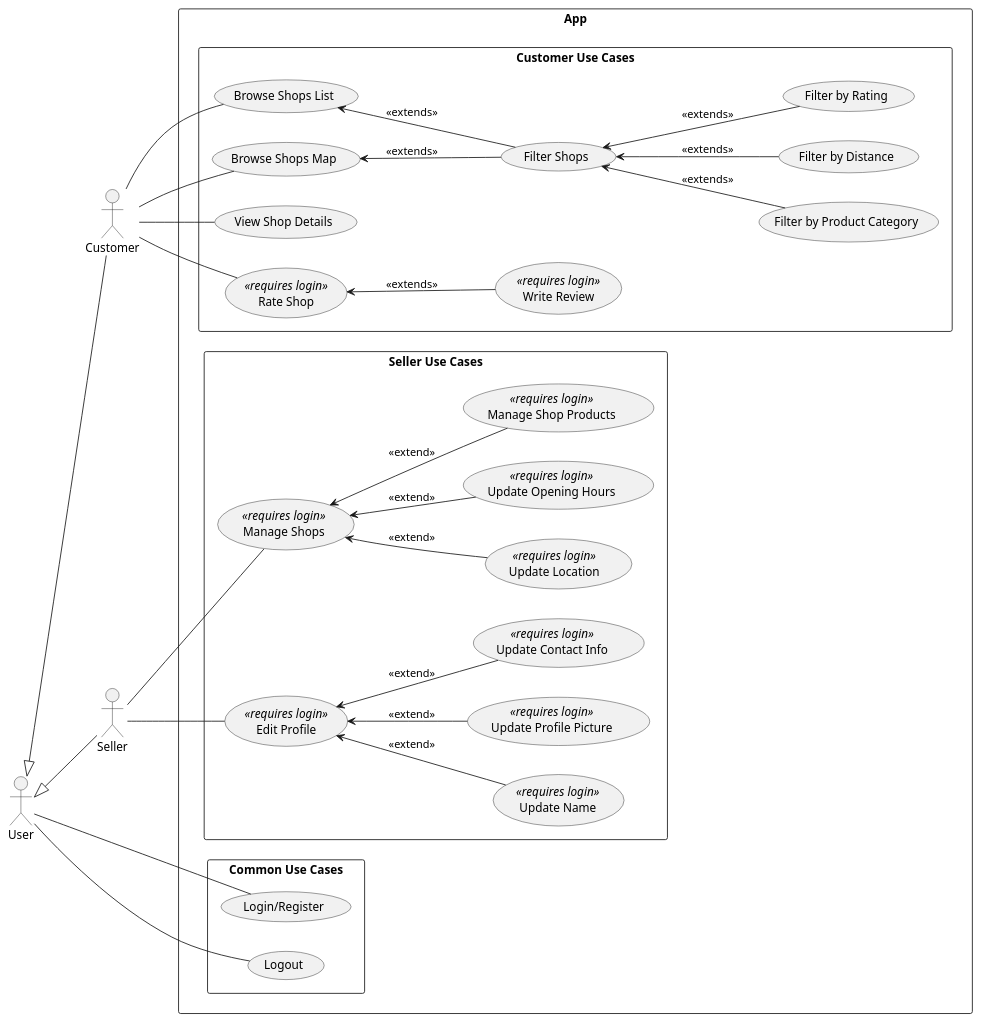
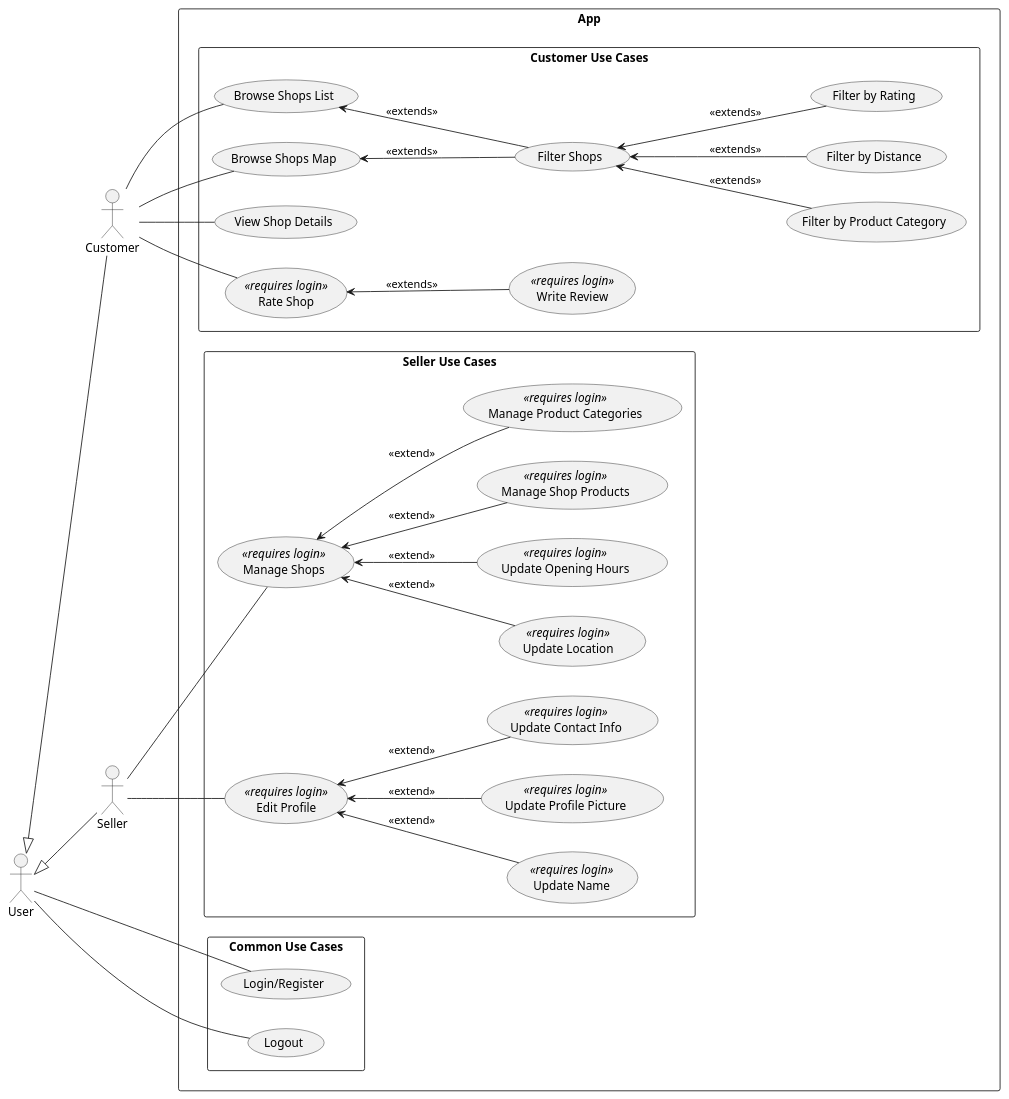
Before and after one commit to tondracek/my-farmer: the diagram in docs/diagram/use_case_diagram.puml, drawn with PlantUML.

Commit message:
feat: added ManageProductCategories to use_case_diagram.puml

```diff
--- a/docs/diagram/use_case_diagram.puml
+++ b/docs/diagram/use_case_diagram.puml
@@ -1,82 +1,84 @@
 @startuml
 
 skinparam backgroundColor #FFFFFF
 left to right direction
 
 actor "User" as User
 actor "Customer" as Customer
 actor "Seller" as Seller
 
 User <|-- Customer
 User <|-- Seller
 
 rectangle "App" {
 
   rectangle "Common Use Cases" {
 
     usecase "Login/Register" as LoginRegisterCustomer
     usecase "Logout" as LogoutCustomer
 
     User -- LoginRegisterCustomer
     User -- LogoutCustomer
   }
 
   rectangle "Customer Use Cases" {
 
     usecase "Browse Shops List" as BrowseShopsList
     usecase "Browse Shops Map" as BrowseShopsMap
     usecase "View Shop Details" as ViewShopDetails
 
     usecase "Filter Shops" as FilterShops
 
     usecase "Filter by Product Category" as FilterByCategory
     usecase "Filter by Distance" as FilterByDistance
     usecase "Filter by Rating" as FilterByRating
 
     usecase "Rate Shop" as RateShop <<requires login>>
     usecase "Write Review" as WriteReview <<requires login>>
 
     Customer -- BrowseShopsList
     Customer -- BrowseShopsMap
 
     BrowseShopsList <-- FilterShops : <<extends>>
     BrowseShopsMap <-- FilterShops : <<extends>>
 
     FilterShops <-- FilterByCategory : <<extends>>
     FilterShops <-- FilterByDistance : <<extends>>
     FilterShops <-- FilterByRating : <<extends>>
 
     Customer -- ViewShopDetails
     Customer -- RateShop
     RateShop <-- WriteReview : <<extends>>
   }
 
   rectangle "Seller Use Cases" {
 
     usecase "Manage Shops" as ManageShops <<requires login>>
 
     usecase "Update Location" as UpdateLocation <<requires login>>
     usecase "Update Opening Hours" as UpdateOpeningHours <<requires login>>
     usecase "Manage Shop Products" as ManageShopProducts <<requires login>>
+    usecase "Manage Product Categories" as ManageProductCategories <<requires login>>
 
     usecase "Edit Profile" as EditProfile <<requires login>>
 
     usecase "Update Name" as UpdateName <<requires login>>
     usecase "Update Profile Picture" as UpdateProfilePicture <<requires login>>
     usecase "Update Contact Info" as UpdateContactInfo <<requires login>>
 
     Seller -- ManageShops
 
     ManageShops <-- UpdateLocation : <<extend>>
     ManageShops <-- UpdateOpeningHours : <<extend>>
     ManageShops <-- ManageShopProducts : <<extend>>
+    ManageShops <-- ManageProductCategories : <<extend>>
 
     Seller -- EditProfile
 
     EditProfile <-- UpdateName : <<extend>>
     EditProfile <-- UpdateProfilePicture : <<extend>>
     EditProfile <-- UpdateContactInfo : <<extend>>
   }
 }
 
 @enduml
```
